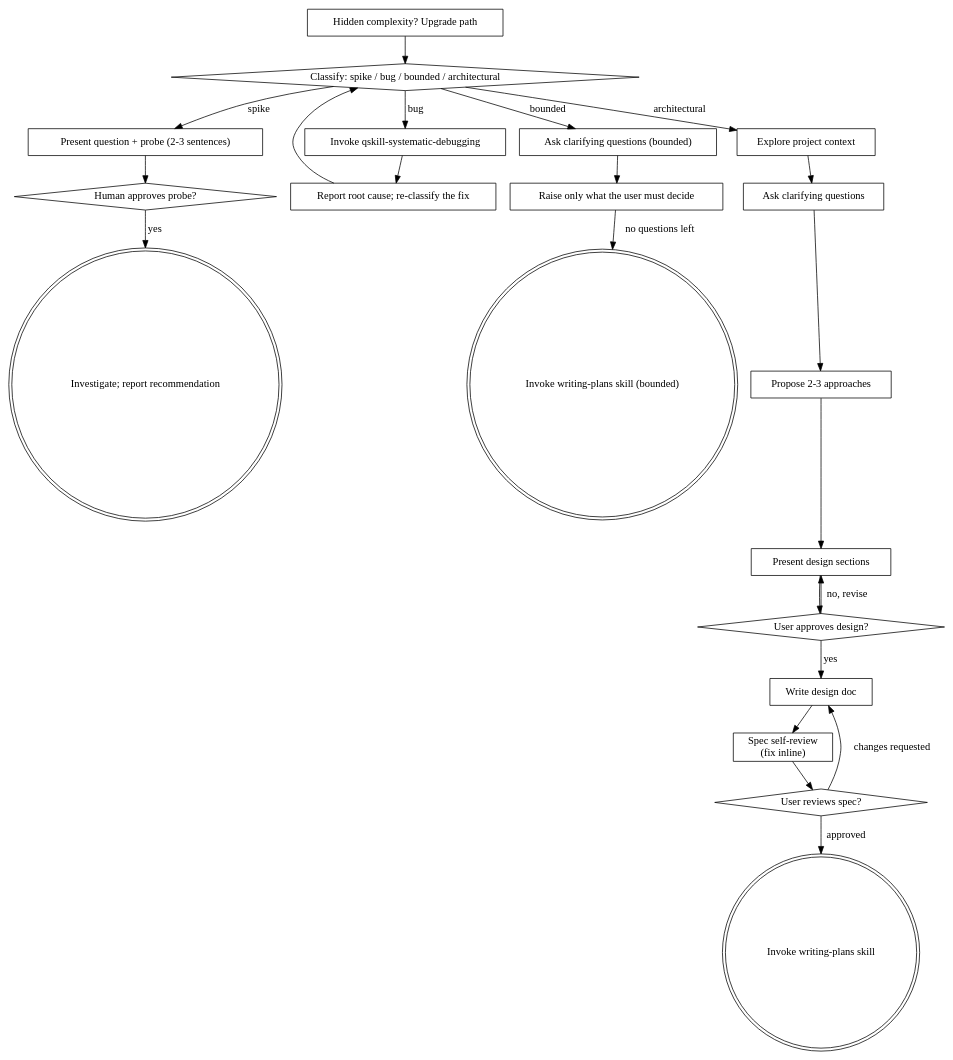
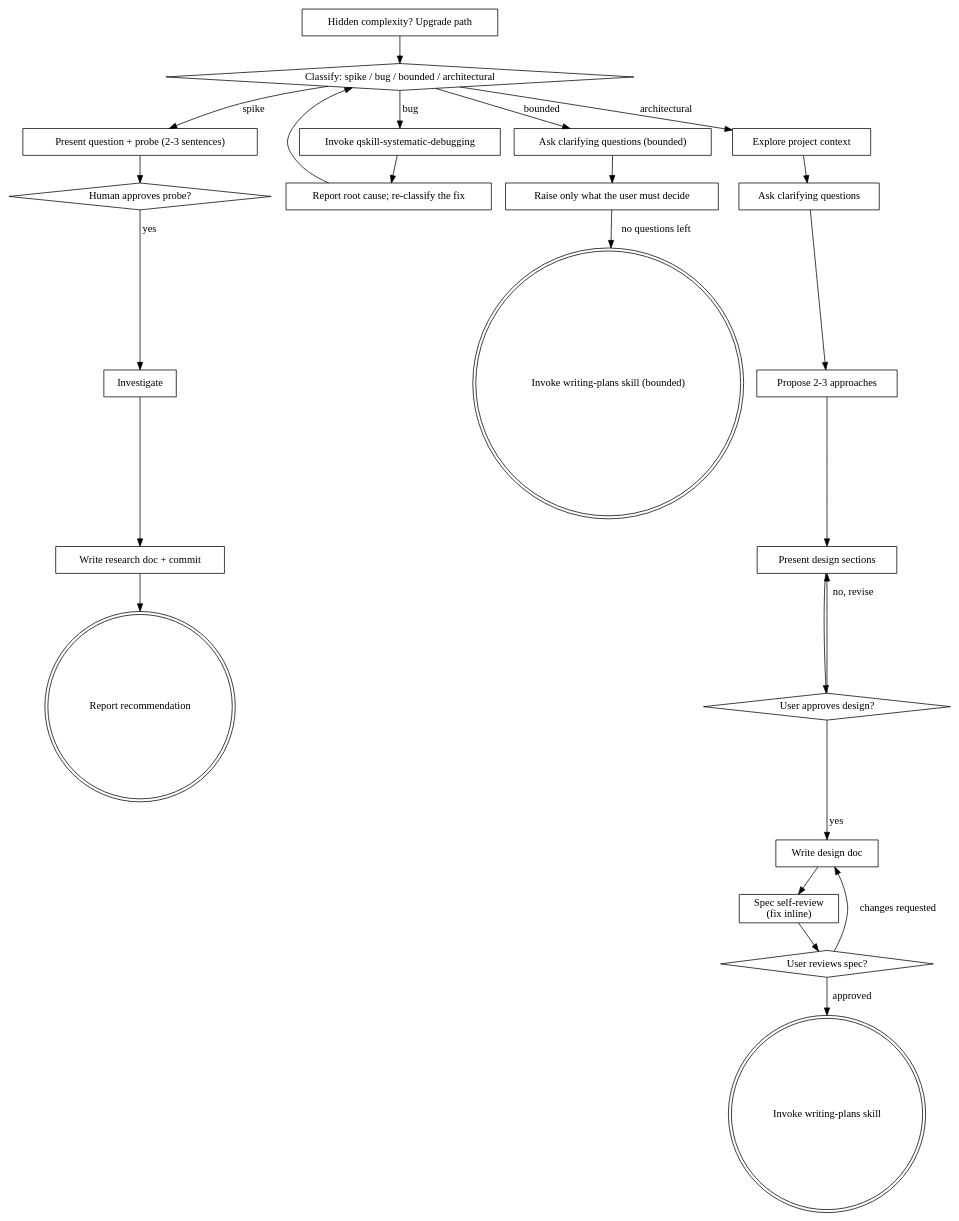
Before and after one commit to nguyenhoangquan1511-dot/agent-skill: the diagram in skills/qskill-brainstorming/SKILL.md, drawn with Graphviz. The commit also changed other lines of this file and 2 other files, not shown here.

First line of the commit message:
[chore-2026-09-09] Split spec and research guides out of brainstorming

````diff
--- a/skills/qskill-brainstorming/SKILL.md
+++ b/skills/qskill-brainstorming/SKILL.md
@@ -198,45 +198,49 @@
 ```dot
 digraph brainstorming {
     "Classify: spike / bug / bounded / architectural" [shape=diamond];
     "Invoke qskill-systematic-debugging" [shape=box];
     "Report root cause; re-classify the fix" [shape=box];
     "Present question + probe (2-3 sentences)" [shape=box];
     "Ask clarifying questions (bounded)" [shape=box];
     "Raise only what the user must decide" [shape=box];
     "Invoke writing-plans skill (bounded)" [shape=doublecircle];
     "Human approves probe?" [shape=diamond];
-    "Investigate; report recommendation" [shape=doublecircle];
+    "Investigate" [shape=box];
+    "Write research doc + commit" [shape=box];
+    "Report recommendation" [shape=doublecircle];
     "Explore project context" [shape=box];
     "Ask clarifying questions" [shape=box];
     "Propose 2-3 approaches" [shape=box];
     "Present design sections" [shape=box];
     "User approves design?" [shape=diamond];
     "Write design doc" [shape=box];
     "Spec self-review\n(fix inline)" [shape=box];
     "User reviews spec?" [shape=diamond];
     "Invoke writing-plans skill" [shape=doublecircle];
     "Hidden complexity? Upgrade path" [shape=box];
 
     "Classify: spike / bug / bounded / architectural" -> "Present question + probe (2-3 sentences)" [label="spike"];
     "Classify: spike / bug / bounded / architectural" -> "Invoke qskill-systematic-debugging" [label="bug"];
     "Classify: spike / bug / bounded / architectural" -> "Ask clarifying questions (bounded)" [label="bounded"];
     "Classify: spike / bug / bounded / architectural" -> "Explore project context" [label="architectural"];
     "Invoke qskill-systematic-debugging" -> "Report root cause; re-classify the fix";
     "Report root cause; re-classify the fix" -> "Classify: spike / bug / bounded / architectural";
     "Present question + probe (2-3 sentences)" -> "Human approves probe?";
     "Ask clarifying questions (bounded)" -> "Raise only what the user must decide";
     "Raise only what the user must decide" -> "Invoke writing-plans skill (bounded)" [label="no questions left"];
-    "Human approves probe?" -> "Investigate; report recommendation" [label="yes"];
+    "Human approves probe?" -> "Investigate" [label="yes"];
+    "Investigate" -> "Write research doc + commit";
+    "Write research doc + commit" -> "Report recommendation";
     "Hidden complexity? Upgrade path" -> "Classify: spike / bug / bounded / architectural";
     "Explore project context" -> "Ask clarifying questions";
     "Ask clarifying questions" -> "Propose 2-3 approaches";
     "Propose 2-3 approaches" -> "Present design sections";
     "Present design sections" -> "User approves design?";
     "User approves design?" -> "Present design sections" [label="no, revise"];
     "User approves design?" -> "Write design doc" [label="yes"];
     "Write design doc" -> "Spec self-review\n(fix inline)";
     "Spec self-review\n(fix inline)" -> "User reviews spec?";
     "User reviews spec?" -> "Write design doc" [label="changes requested"];
     "User reviews spec?" -> "Invoke writing-plans skill" [label="approved"];
 }
 ```
````
